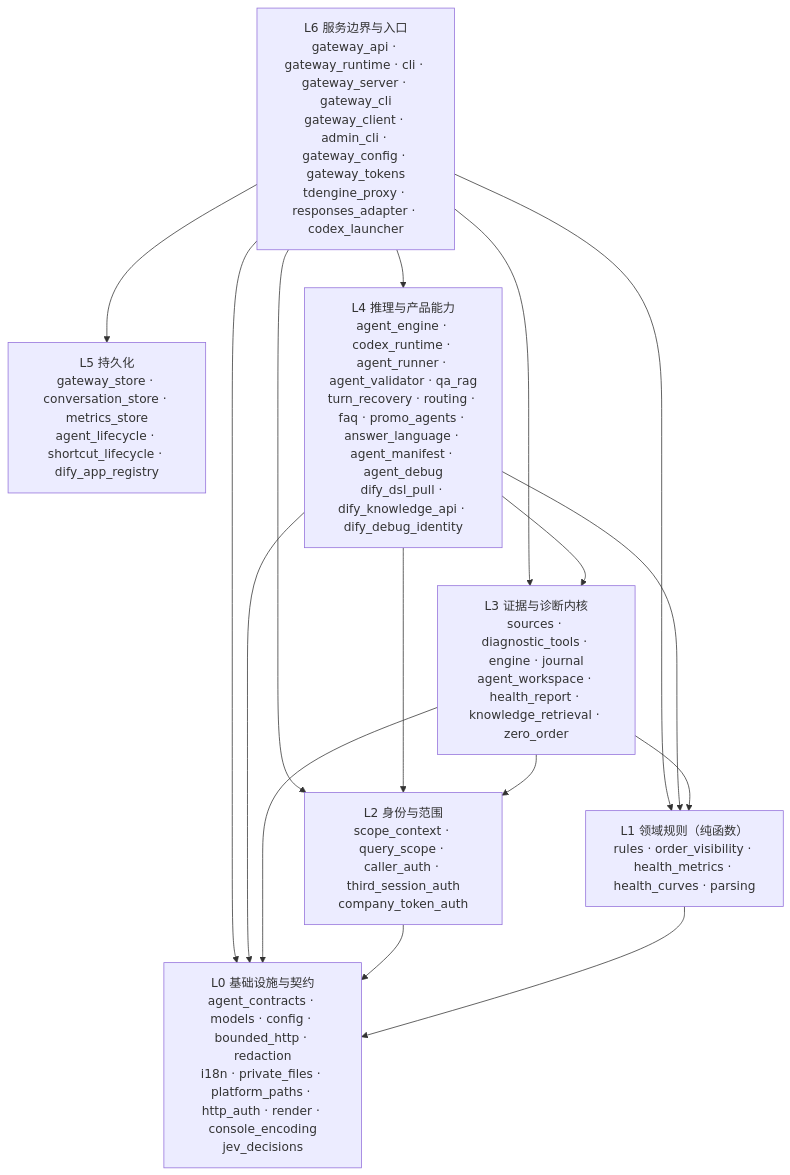
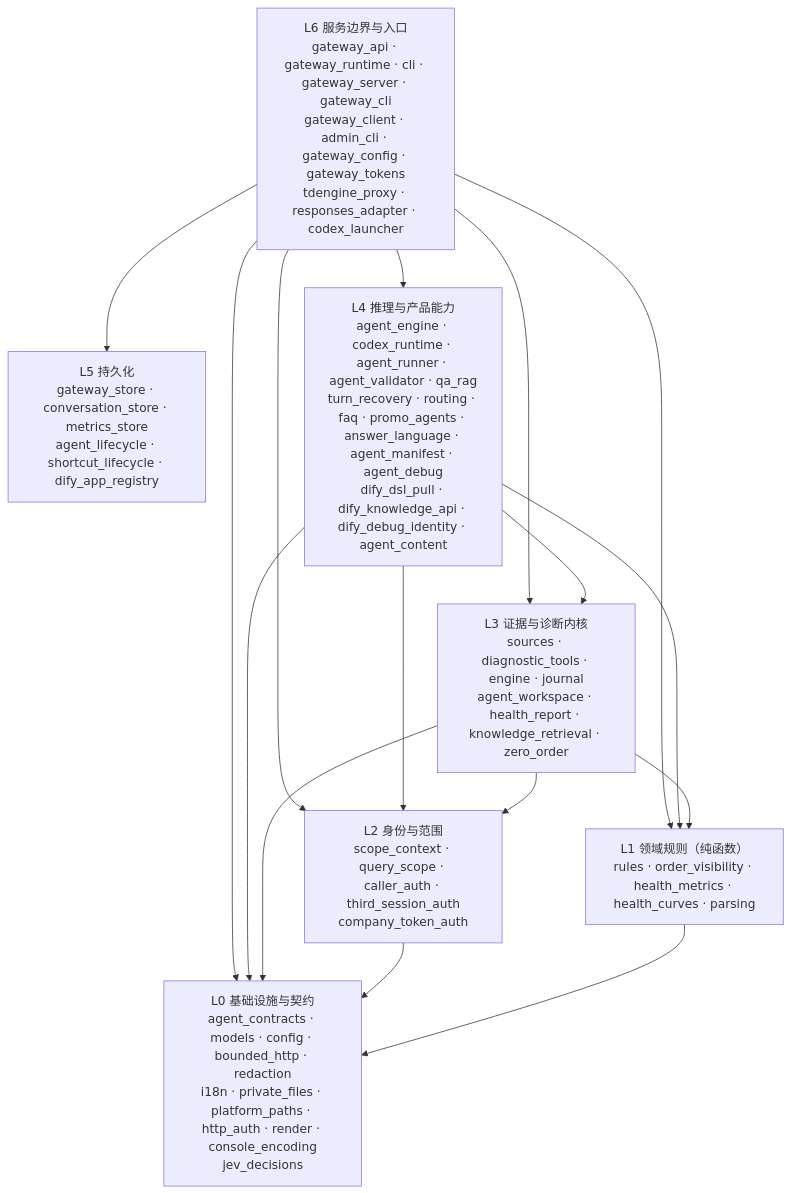
The diagram in README.md (kilbertert/AI-Ops), drawn with Mermaid before and after one commit. The commit also changed other lines of this file and 8 other files, not shown here.

````diff
--- a/README.md
+++ b/README.md
@@ -183,26 +183,26 @@
 ```mermaid
 flowchart TB
     L6["L6 服务边界与入口<br/>gateway_api · gateway_runtime · cli · gateway_server · gateway_cli<br/>gateway_client · admin_cli · gateway_config · gateway_tokens<br/>tdengine_proxy · responses_adapter · codex_launcher"]
     L5["L5 持久化<br/>gateway_store · conversation_store · metrics_store<br/>agent_lifecycle · shortcut_lifecycle · dify_app_registry"]
-    L4["L4 推理与产品能力<br/>agent_engine · codex_runtime · agent_runner · agent_validator · qa_rag<br/>turn_recovery · routing · faq · promo_agents · answer_language · agent_manifest · agent_debug<br/>dify_dsl_pull · dify_knowledge_api · dify_debug_identity"]
+    L4["L4 推理与产品能力<br/>agent_engine · codex_runtime · agent_runner · agent_validator · qa_rag<br/>turn_recovery · routing · faq · promo_agents · answer_language · agent_manifest · agent_debug<br/>dify_dsl_pull · dify_knowledge_api · dify_debug_identity · agent_content"]
     L3["L3 证据与诊断内核<br/>sources · diagnostic_tools · engine · journal<br/>agent_workspace · health_report · knowledge_retrieval · zero_order"]
     L2["L2 身份与范围<br/>scope_context · query_scope · caller_auth · third_session_auth<br/>company_token_auth"]
     L1["L1 领域规则（纯函数）<br/>rules · order_visibility · health_metrics · health_curves · parsing"]
     L0["L0 基础设施与契约<br/>agent_contracts · models · config · bounded_http · redaction<br/>i18n · private_files · platform_paths · http_auth · render · console_encoding<br/>jev_decisions"]
 
     L6 --> L5
     L6 --> L4
     L6 --> L3
     L6 --> L2
     L6 --> L1
     L6 --> L0
     L4 --> L3
     L4 --> L2
     L4 --> L1
     L4 --> L0
     L3 --> L2
     L3 --> L1
     L3 --> L0
     L2 --> L0
     L1 --> L0
 ```
````
